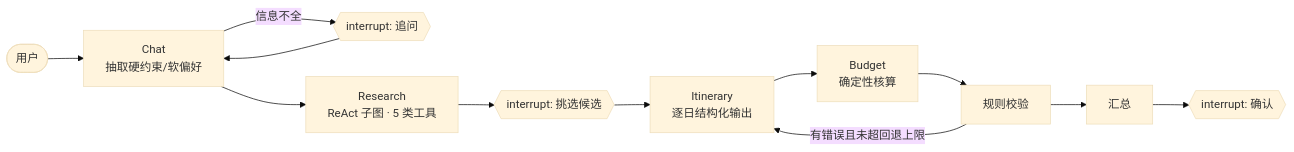
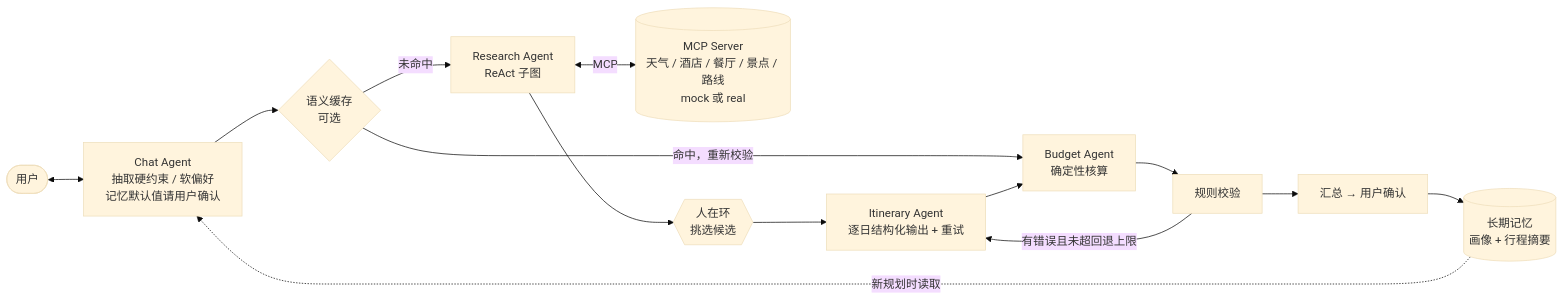
One commit to linlinlin12138/langgraph-trip-planner changed the diagram in README.md. Above: the diagram before and after it, drawn with Mermaid (base theme). The commit also changed other lines of this file and 5 other files, not shown here.

````diff
--- a/README.md
+++ b/README.md
@@ -7,12 +11,16 @@
 ```mermaid
 flowchart LR
-    START([用户]) --> chat[Chat<br/>抽取硬约束/软偏好]
-    chat -->|信息不全| clarify{{interrupt: 追问}} --> chat
-    chat --> research[Research<br/>ReAct 子图 · 5 类工具]
-    research --> select{{interrupt: 挑选候选}}
-    select --> itinerary[Itinerary<br/>逐日结构化输出]
-    itinerary --> budget[Budget<br/>确定性核算]
-    budget --> validate[规则校验]
-    validate -->|有错误且未超回退上限| itinerary
-    validate --> finalize[汇总] --> confirm{{interrupt: 确认}}
+    U([用户]) <--> chat[Chat Agent<br/>抽取硬约束 / 软偏好<br/>记忆默认值请用户确认]
+    chat --> cache{语义缓存<br/>可选}
+    cache -->|未命中| research[Research Agent<br/>ReAct 子图]
+    research <-->|MCP| tools[(MCP Server<br/>天气 / 酒店 / 餐厅 / 景点 / 路线<br/>mock 或 real)]
+    research --> hitl{{人在环<br/>挑选候选}}
+    hitl --> iti[Itinerary Agent<br/>逐日结构化输出 + 重试]
+    cache -->|命中，重新校验| bud
+    iti --> bud[Budget Agent<br/>确定性核算]
+    bud --> val[规则校验]
+    val -->|有错误且未超回退上限| iti
+    val --> fin[汇总 → 用户确认]
+    fin --> mem[(长期记忆<br/>画像 + 行程摘要)]
+    mem -.新规划时读取.-> chat
 ```
````
